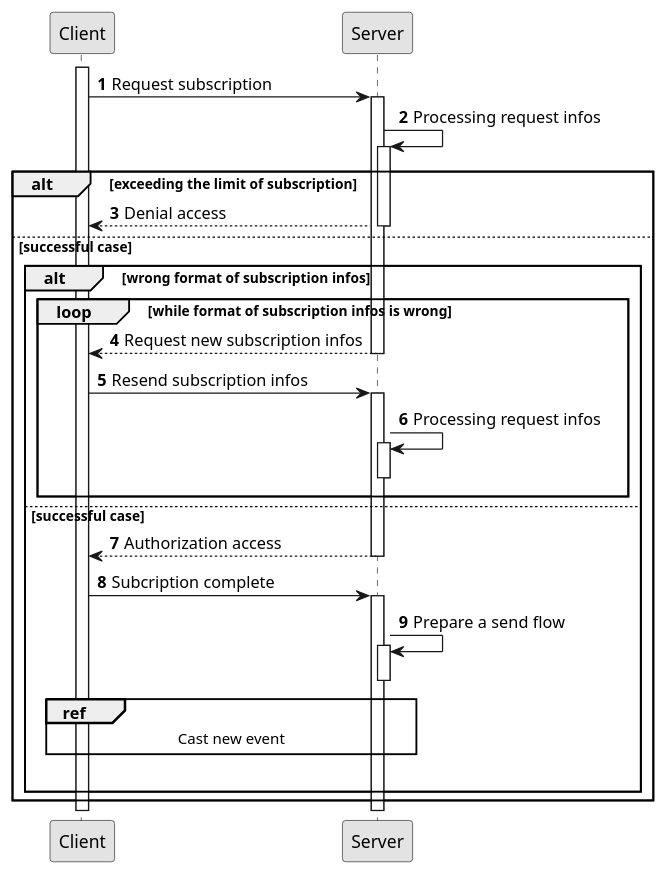
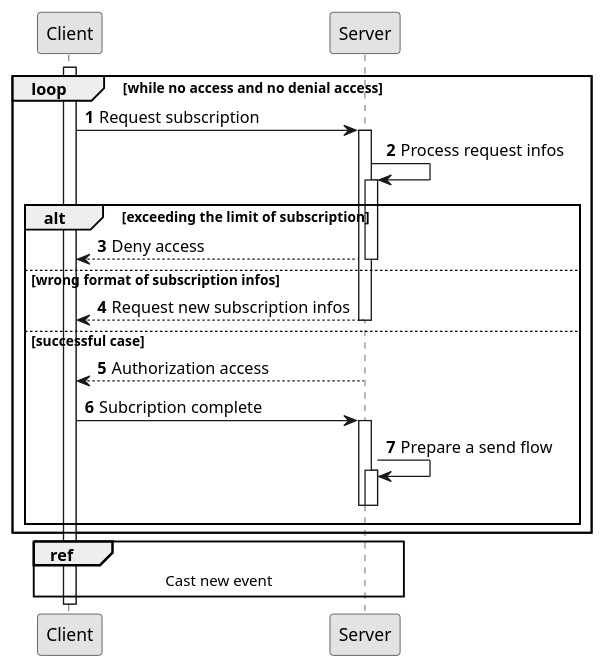
One commit to SSMM0498/arkad-conception changed the diagram in models/5.Sequence/LiveServer/1.0.subscription.puml. Above: the diagram before and after it, drawn with PlantUML. The commit also changed 5 other files, not shown here.

Commit message:
update live server subscription dseq update live server emit new event dseq add liver server unsubscription dseq add live server dcomp

```diff
--- a/models/5.Sequence/LiveServer/1.0.subscription.puml
+++ b/models/5.Sequence/LiveServer/1.0.subscription.puml
@@ -1,29 +1,23 @@
 @startuml "subscription sequence diagram"
 skinparam shadowing false
 skinparam monochrome true
 autoactivate on
 autonumber
 activate Client
-Client ->  Server: Request subscription
-Server ->  Server: Processing request infos
-alt exceeding the limit of subscription
-    Server --> Client: Denial access
-else successful case
-    alt wrong format of subscription infos
-        loop while format of subscription infos is wrong
-            Server --> Client: Request new subscription infos
-            Client ->  Server: Resend subscription infos
-            Server ->  Server: Processing request infos
-            deactivate Server
-        end
+loop while no access and no denial access
+    Client ->  Server: Request subscription
+    Server ->  Server: Process request infos
+    alt exceeding the limit of subscription
+        Server --> Client: Deny access
+    else wrong format of subscription infos
+        Server --> Client: Request new subscription infos
     else successful case
         Server --> Client: Authorization access
         Client ->  Server: Subcription complete
         Server ->  Server: Prepare a send flow
         deactivate Server
-        ref over Client, Server : Cast new event
-        |||
     end
 end
+ref over Client, Server : Cast new event
 
 @enduml
```
